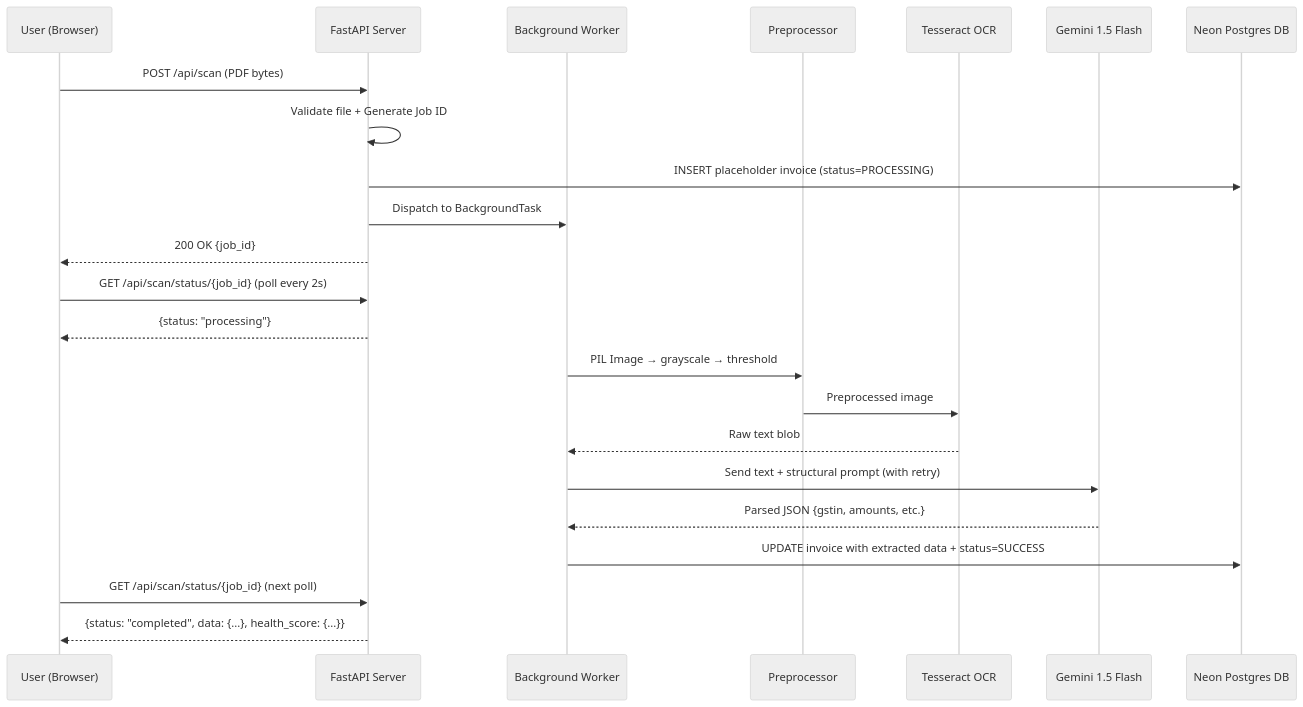
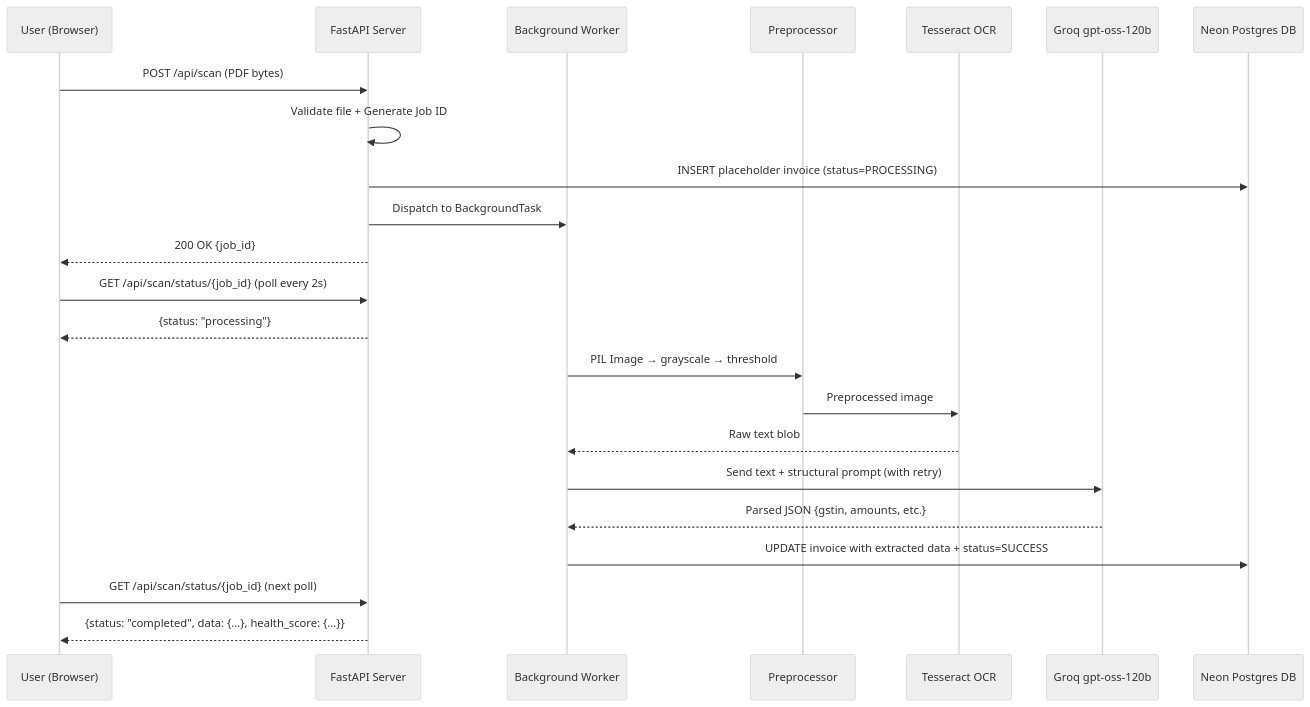
One commit to VRCHAMPION/gst_invoice_scanner changed the third of 4 diagrams in ARCHITECTURE.md. Above: the diagram before and after it, drawn with Mermaid (neutral theme). The commit also changed other lines of this file and 1 other file, not shown here.

Commit message:
Docs: match model name to parser (Groq gpt-oss-120b)

````diff
--- a/ARCHITECTURE.md
+++ b/ARCHITECTURE.md
@@ -148,29 +148,29 @@
 ```mermaid
 sequenceDiagram
     participant U as User (Browser)
     participant A as FastAPI Server
     participant W as Background Worker
     participant P as Preprocessor
     participant O as Tesseract OCR
-    participant L as Gemini 1.5 Flash
+    participant L as Groq gpt-oss-120b
     participant D as Neon Postgres DB
 
     U->>A: POST /api/scan (PDF bytes)
     A->>A: Validate file + Generate Job ID
     A->>D: INSERT placeholder invoice (status=PROCESSING)
     A->>W: Dispatch to BackgroundTask
     A-->>U: 200 OK {job_id}
 
     U->>A: GET /api/scan/status/{job_id} (poll every 2s)
     A-->>U: {status: "processing"}
 
     W->>P: PIL Image → grayscale → threshold
     P->>O: Preprocessed image
     O-->>W: Raw text blob
     W->>L: Send text + structural prompt (with retry)
     L-->>W: Parsed JSON {gstin, amounts, etc.}
     W->>D: UPDATE invoice with extracted data + status=SUCCESS
 
     U->>A: GET /api/scan/status/{job_id} (next poll)
     A-->>U: {status: "completed", data: {...}, health_score: {...}}
 ```
````
